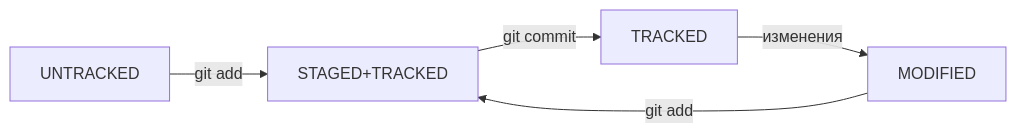
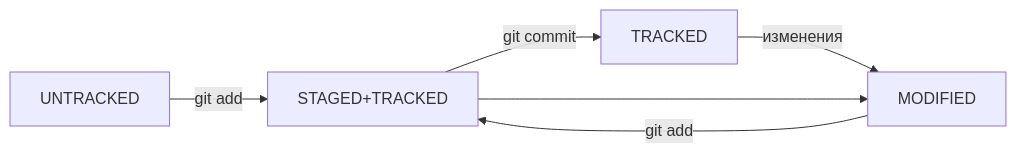
The diagram in README.md (myakunovre/Git-for-World), drawn with Mermaid before and after one commit.

Commit message:
Добавить связь в коде схемы mermaid

````diff
--- a/README.md
+++ b/README.md
@@ -183,7 +183,8 @@
 ```mermaid
 graph LR;
-    UNTRACKED--"git add"-->STAGED+TRACKED;
-    MODIFIED--"git add"-->STAGED+TRACKED;
-    STAGED+TRACKED--"git commit"-->TRACKED;
-    TRACKED--"изменения"-->MODIFIED;
+UNTRACKED--"git add"-->STAGED+TRACKED;
+MODIFIED--"git add"-->STAGED+TRACKED;
+STAGED+TRACKED--"git commit"-->TRACKED;
+TRACKED--"изменения"-->MODIFIED;
+STAGED+TRACKED-->MODIFIED;
 ```
````
